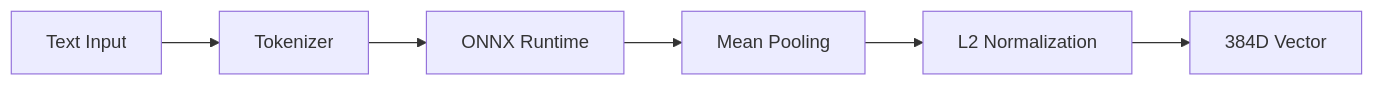
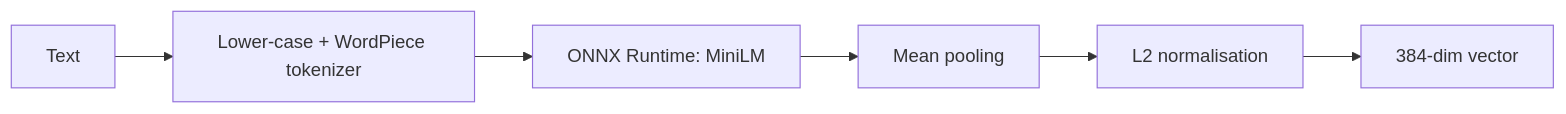
One commit to traylinx/switchAILocal changed the diagram in docs-site/sdk/embedding/overview.mdx. Above: the diagram before and after it, drawn with Mermaid. The commit also changed other lines of this file and 71 other files, not shown here.

````diff
--- a/docs-site/sdk/embedding/overview.mdx
+++ b/docs-site/sdk/embedding/overview.mdx
@@ -21,8 +23,8 @@
 ```mermaid
 graph LR
-    A[Text Input] --> B[Tokenizer]
-    B --> C[ONNX Runtime]
-    C --> D[Mean Pooling]
-    D --> E[L2 Normalization]
-    E --> F[384D Vector]
+    A[Text] --> B[Lower-case + WordPiece tokenizer]
+    B --> C[ONNX Runtime: MiniLM]
+    C --> D[Mean pooling]
+    D --> E[L2 normalisation]
+    E --> F[384-dim vector]
 ```
````
